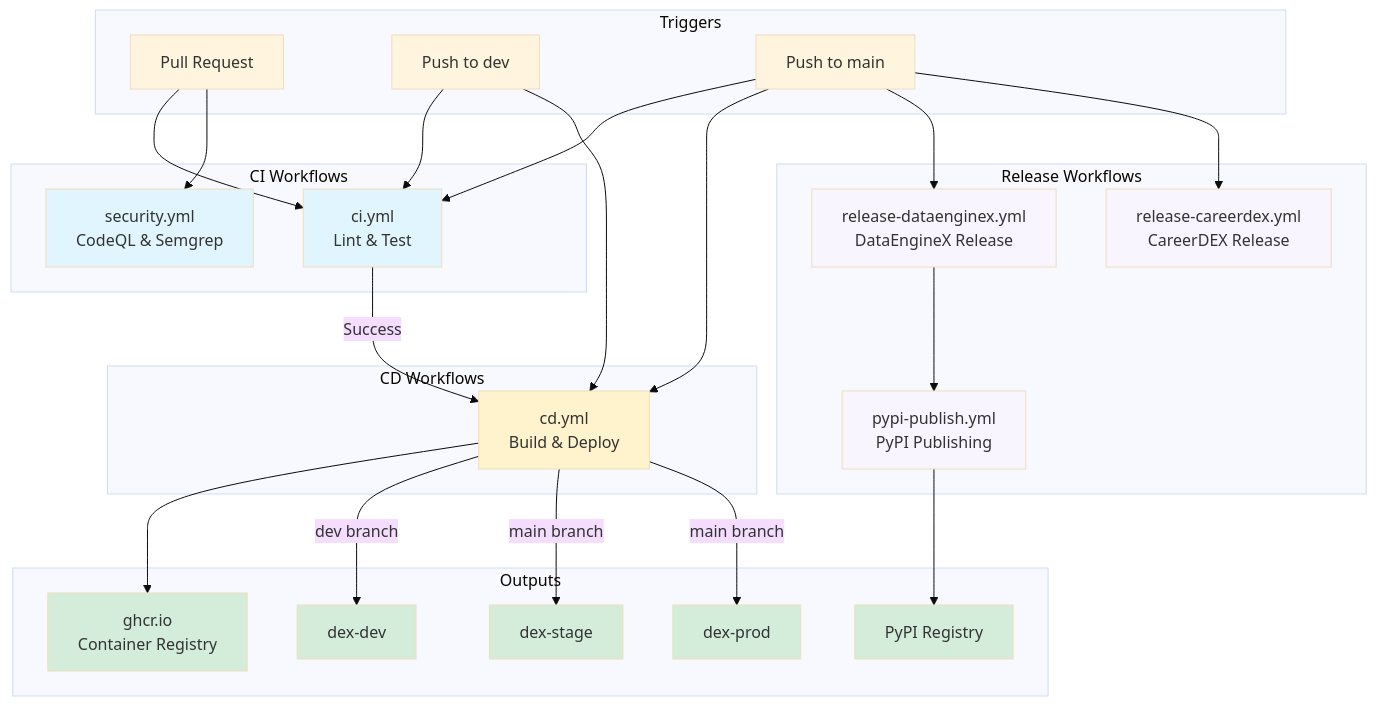
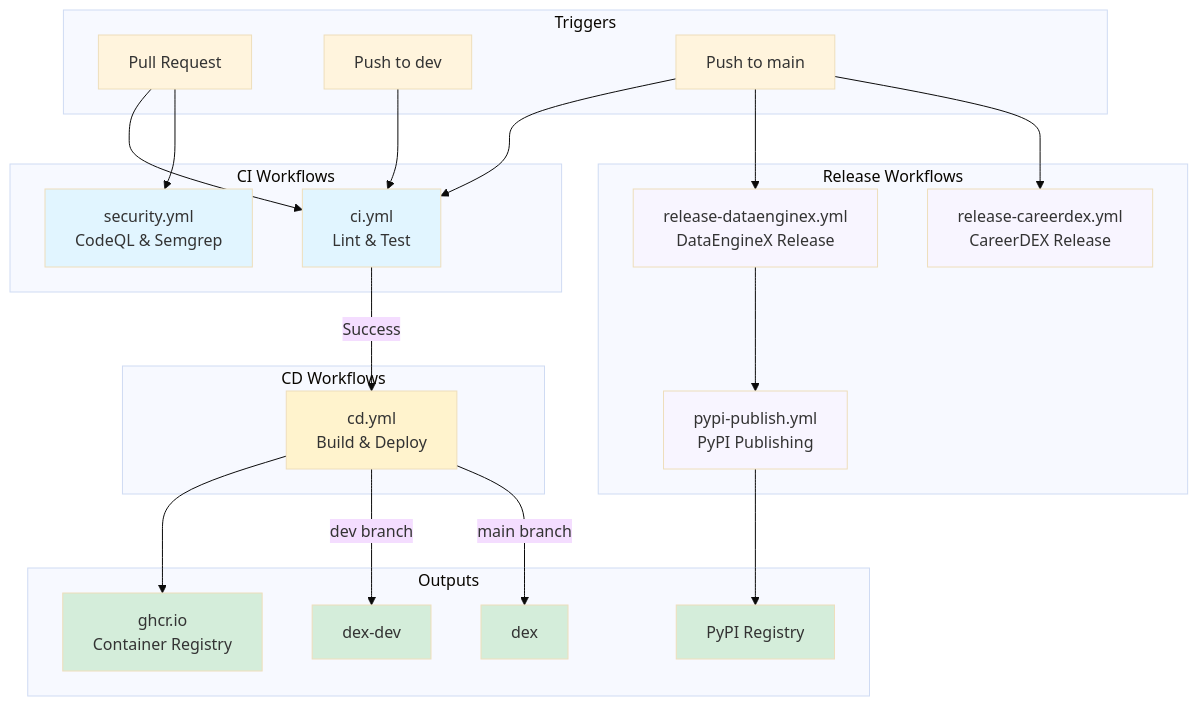
One commit to data-literate/DEX changed the first of 3 diagrams in .github/workflows/WORKFLOWS_GUIDE.md. Above: the diagram before and after it, drawn with Mermaid (base theme). The commit also changed other lines of this file and 23 other files, not shown here.

````diff
--- a/.github/workflows/WORKFLOWS_GUIDE.md
+++ b/.github/workflows/WORKFLOWS_GUIDE.md
@@ -9,63 +9,58 @@
 ```mermaid
 graph TB
     subgraph "Triggers"
         PR[Pull Request]
         PushDev[Push to dev]
         PushMain[Push to main]
     end
 
     subgraph "CI Workflows"
         CI[ci.yml<br/>Lint & Test]
         Security[security.yml<br/>CodeQL & Semgrep]
     end
 
     subgraph "CD Workflows"
         CD[cd.yml<br/>Build & Deploy]
     end
 
     subgraph "Release Workflows"
         RelDEX[release-dataenginex.yml<br/>DataEngineX Release]
         RelCDEX[release-careerdex.yml<br/>CareerDEX Release]
         PyPI[pypi-publish.yml<br/>PyPI Publishing]
     end
 
     subgraph "Outputs"
         GHCR[ghcr.io<br/>Container Registry]
         DevK8s[dex-dev]
-        StageK8s[dex-stage]
-        ProdK8s[dex-prod]
+        ProdK8s[dex]
         PyPIReg[PyPI Registry]
     end
 
     PR --> CI
     PR --> Security
     PushDev --> CI
     PushMain --> CI
 
     CI -->|Success| CD
-    PushDev --> CD
-    PushMain --> CD
 
     PushMain --> RelDEX
     PushMain --> RelCDEX
     RelDEX --> PyPI
 
     CD --> GHCR
     CD -->|dev branch| DevK8s
-    CD -->|main branch| StageK8s
     CD -->|main branch| ProdK8s
 
     PyPI --> PyPIReg
 
     style CI fill:#e1f5ff
     style Security fill:#e1f5ff
     style CD fill:#fff3cd
     style RelDEX fill:#f8f5ff
     style RelCDEX fill:#f8f5ff
     style PyPI fill:#f8f5ff
     style GHCR fill:#d4edda
     style DevK8s fill:#d4edda
-    style StageK8s fill:#d4edda
     style ProdK8s fill:#d4edda
     style PyPIReg fill:#d4edda
 ```
````
